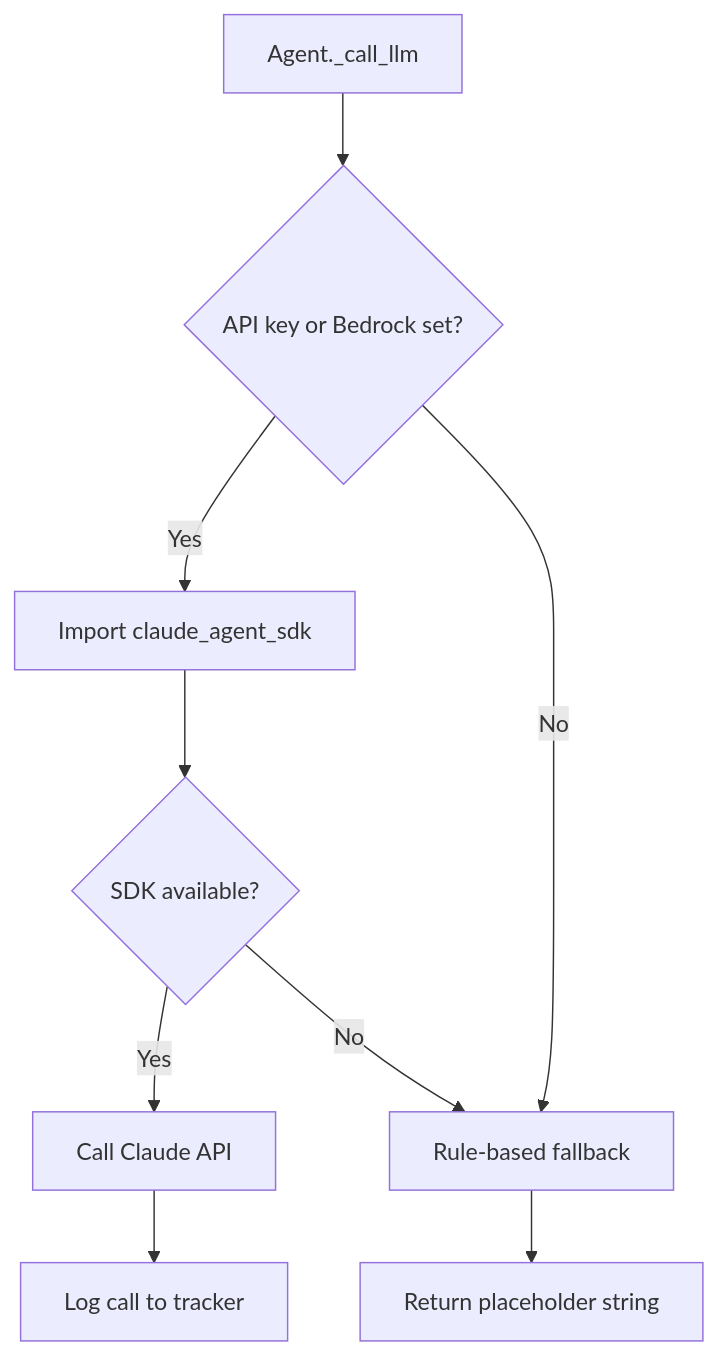
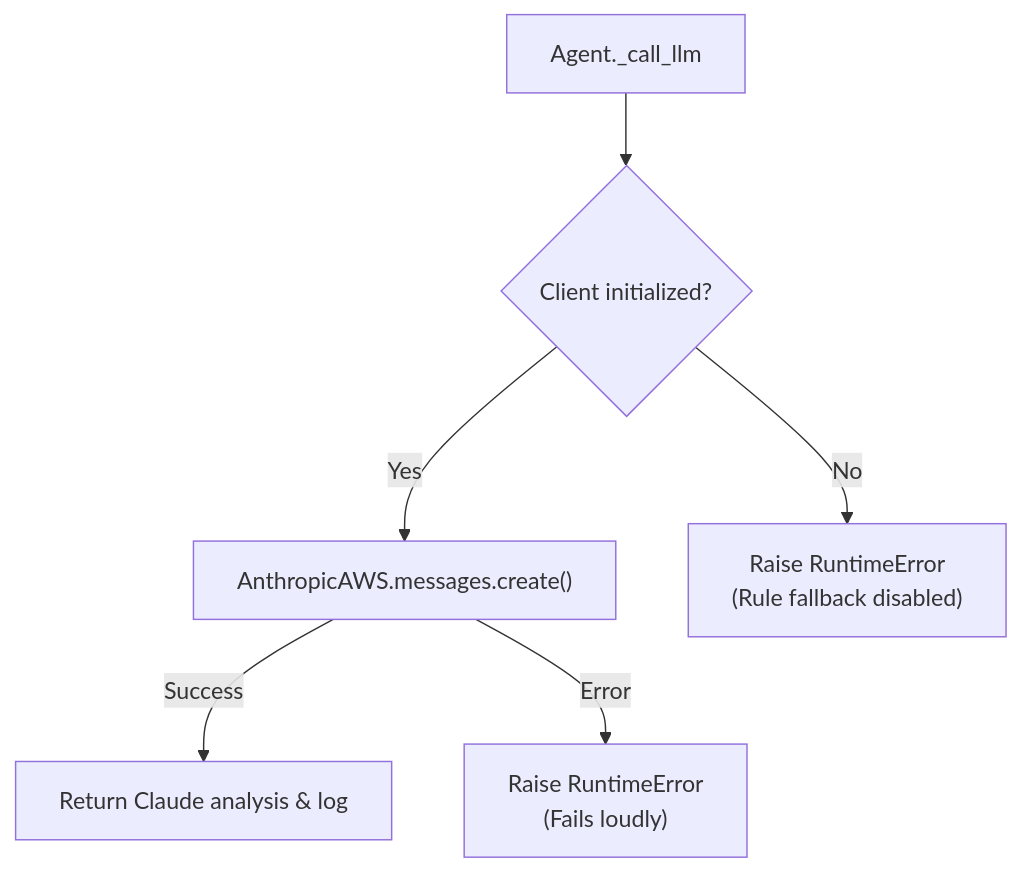
The fifth of 9 diagrams in ARCHITECTURE.md (henryhshu/agentic-ml-infra), drawn with Mermaid before and after one commit. The commit also changed other lines of this file and 63 other files, not shown here.

````diff
--- a/ARCHITECTURE.md
+++ b/ARCHITECTURE.md
@@ -214,12 +219,9 @@
 ```mermaid
 flowchart TD
     A["Agent._call_llm"]
-    A --> B{"API key or Bedrock set?"}
-    B -->|"Yes"| C["Import claude_agent_sdk"]
-    B -->|"No"| D["Rule-based fallback"]
-    C --> E{"SDK available?"}
-    E -->|"Yes"| F["Call Claude API"]
-    E -->|"No"| D
-    D --> G["Return placeholder string"]
-    F --> H["Log call to tracker"]
+    A --> B{"Client initialized?"}
+    B -->|"Yes"| C["AnthropicAWS.messages.create()"]
+    B -->|"No"| D["Raise RuntimeError<br/>(Rule fallback disabled)"]
+    C -->|"Success"| E["Return Claude analysis & log"]
+    C -->|"Error"| F["Raise RuntimeError<br/>(Fails loudly)"]
 ```
````
